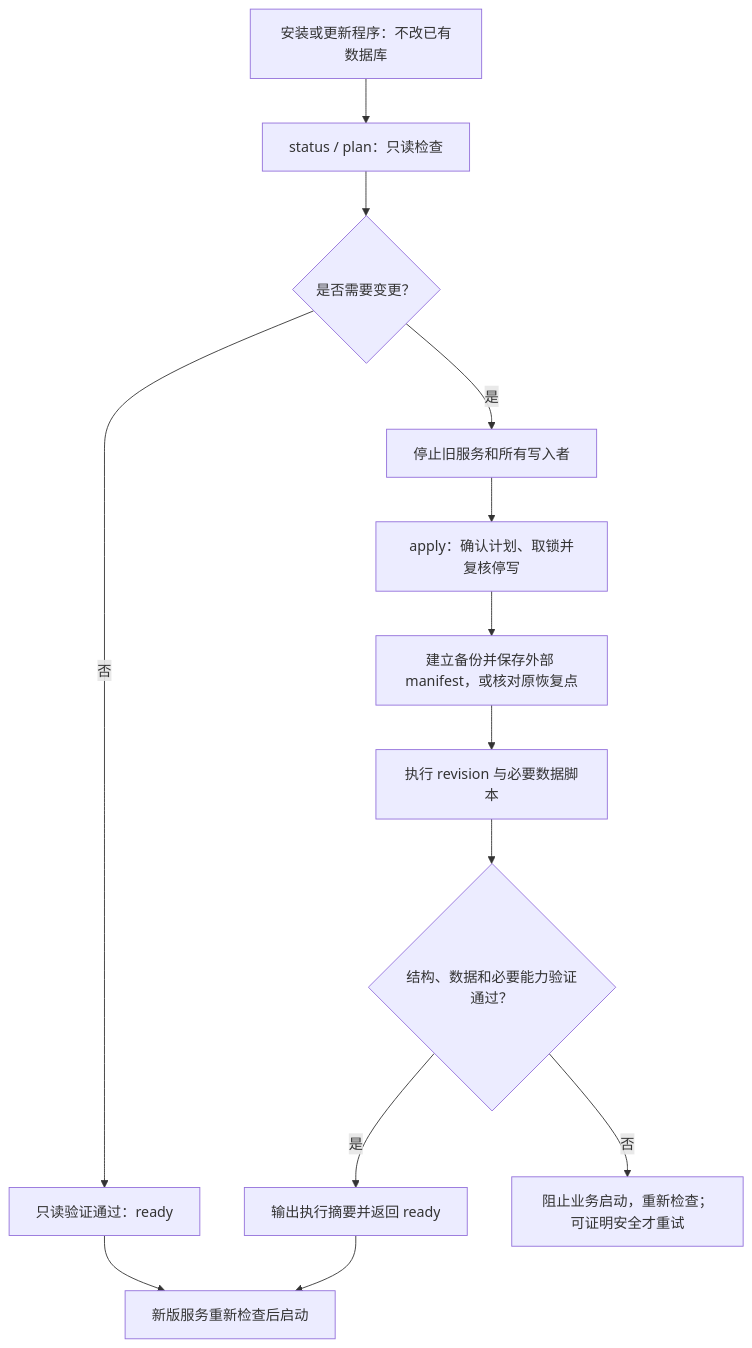
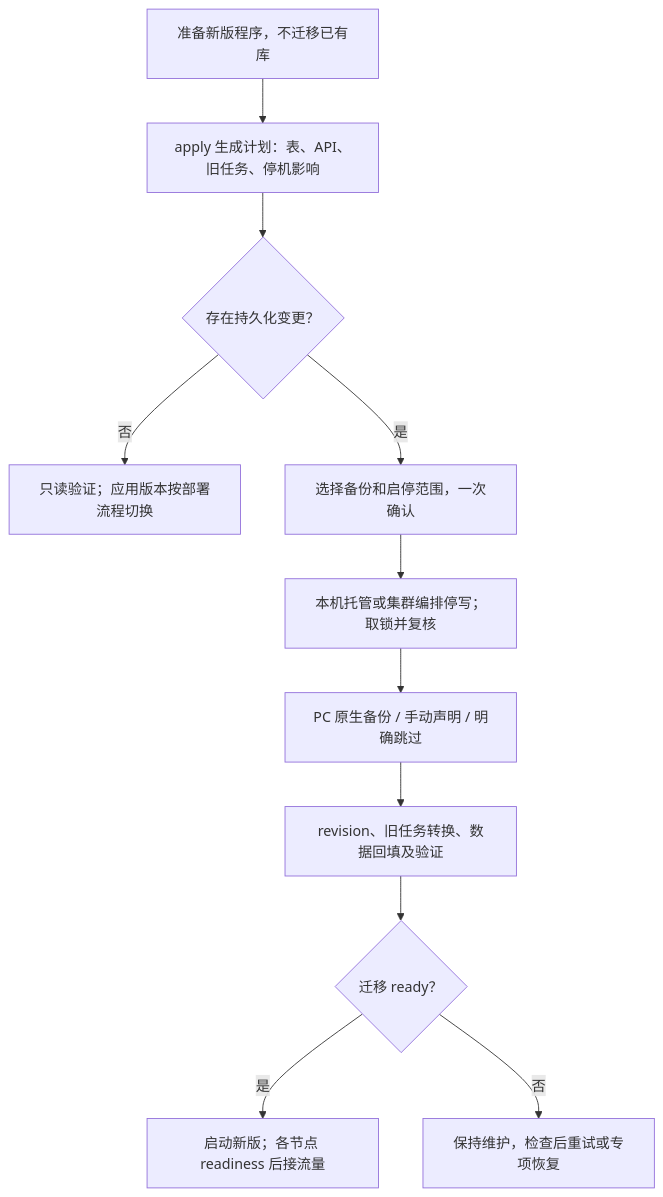
Before and after one commit to oceanbase/powercontext: the first of 2 diagrams in docs/zh/rfcs/1771-unified-database-migrations.md, drawn with Mermaid. The commit also changed other lines of this file and 1 other file, not shown here.

````diff
--- a/docs/zh/rfcs/1771-unified-database-migrations.md
+++ b/docs/zh/rfcs/1771-unified-database-migrations.md
@@ -110,15 +128,13 @@
 ```mermaid
 flowchart TD
-    A["安装或更新程序：不改已有数据库"] --> B["status / plan：只读检查"]
-    B --> C{"是否需要变更？"}
-    C -->|否| D["只读验证通过：ready"]
-    C -->|是| E["停止旧服务和所有写入者"]
-    E --> F["apply：确认计划、取锁并复核停写"]
-    F --> G["建立备份并保存外部 manifest，或核对原恢复点"]
-    G --> H["执行 revision 与必要数据脚本"]
-    H --> I{"结构、数据和必要能力验证通过？"}
-    I -->|是| J["输出执行摘要并返回 ready"]
-    I -->|否| K["阻止业务启动，重新检查；可证明安全才重试"]
-    J --> L["新版服务重新检查后启动"]
-    D --> L
+    A["准备新版程序，不迁移已有库"] --> B["apply 生成计划：表、API、旧任务、停机影响"]
+    B --> C{"存在持久化变更？"}
+    C -->|否| D["只读验证；应用版本按部署流程切换"]
+    C -->|是| E["选择备份和启停范围，一次确认"]
+    E --> F["本机托管或集群编排停写；取锁并复核"]
+    F --> G["PC 原生备份 / 手动声明 / 明确跳过"]
+    G --> H["revision、旧任务转换、数据回填及验证"]
+    H --> I{"迁移 ready？"}
+    I -->|是| J["启动新版；各节点 readiness 后接流量"]
+    I -->|否| K["保持维护，检查后重试或专项恢复"]
 ```
````
